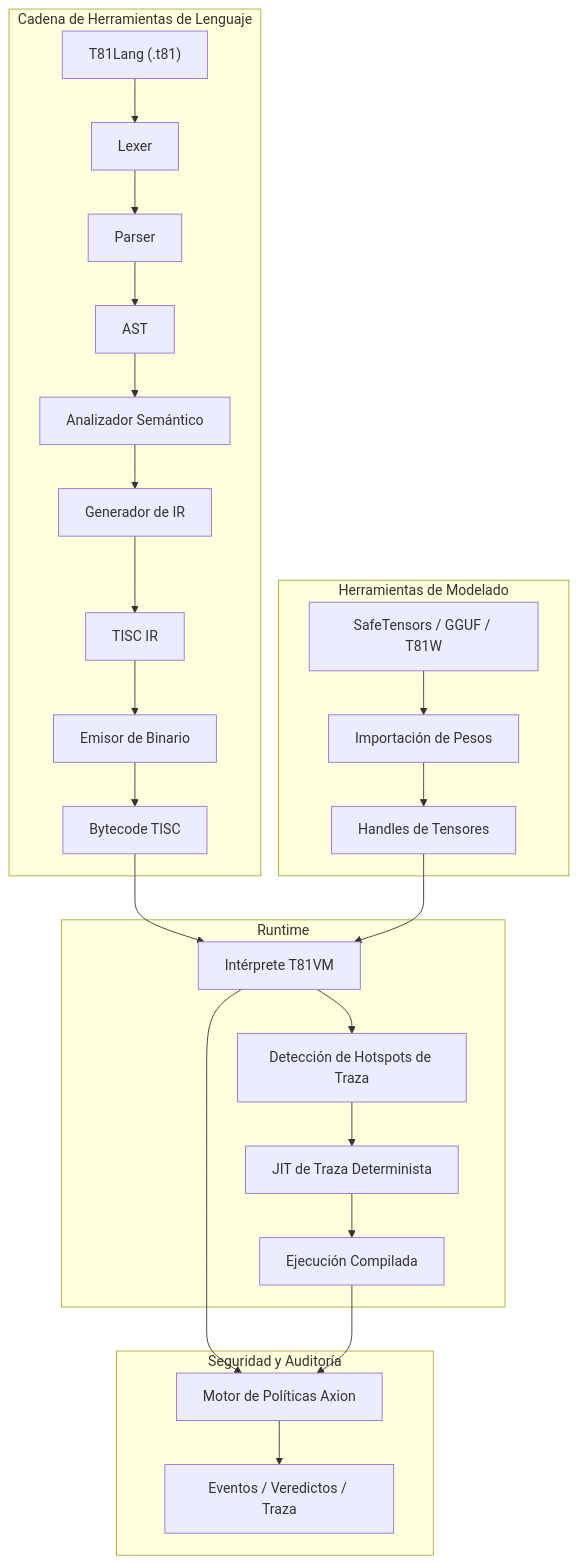
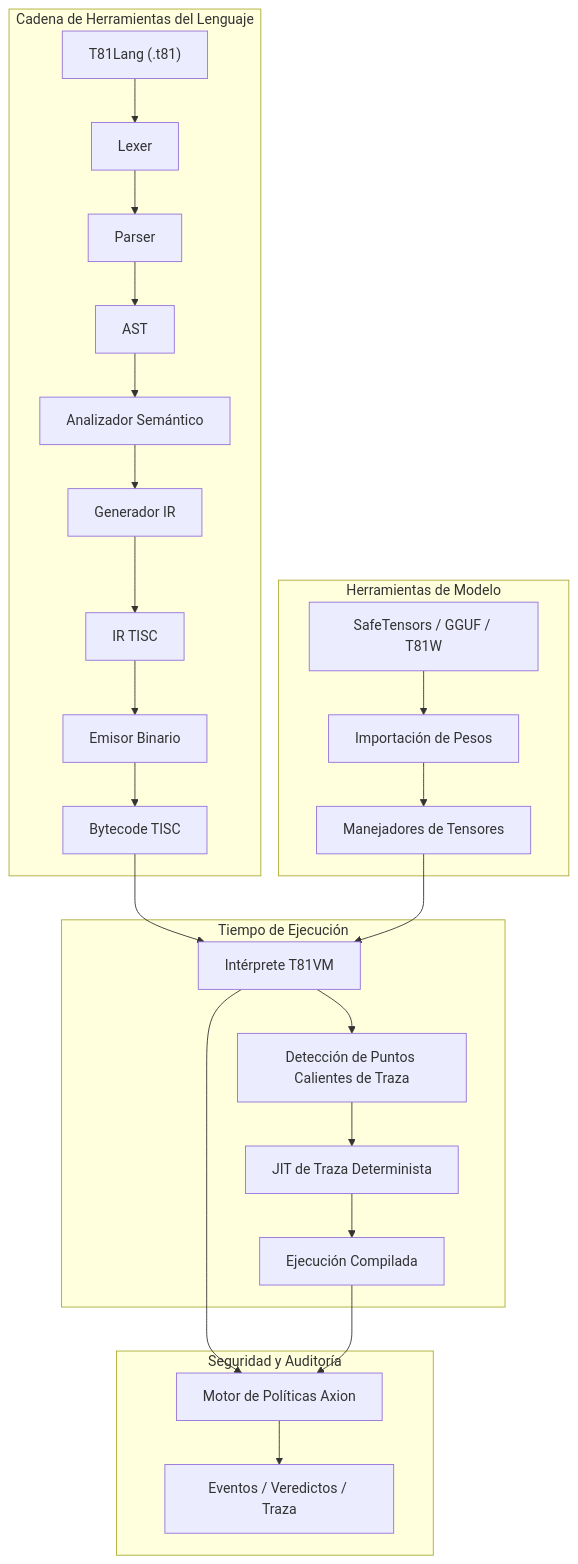
The diagram in README.es.md (ryansctt1994-sudo/t81-foundation), drawn with Mermaid before and after one commit. The commit also changed other lines of this file and 3 other files, not shown here.

````diff
--- a/README.es.md
+++ b/README.es.md
@@ -61,30 +63,29 @@
 ```mermaid
 graph TD
-    subgraph "Cadena de Herramientas de Lenguaje"
+    subgraph "Cadena de Herramientas del Lenguaje"
         A["T81Lang (.t81)"] --> B[Lexer]
         B --> C[Parser]
         C --> D[AST]
         D --> E["Analizador Semántico"]
-        E --> F["Generador de IR"]
-        F --> G["TISC IR"]
-        G --> H["Emisor de Binario"]
+        E --> F["Generador IR"]
+        F --> G["IR TISC"]
+        G --> H["Emisor Binario"]
         H --> I["Bytecode TISC"]
     end
-    subgraph "Runtime"
+    subgraph "Tiempo de Ejecución"
         I --> J["Intérprete T81VM"]
-        J --> K["Detección de Hotspots de Traza"]
+        J --> K["Detección de Puntos Calientes de Traza"]
         K --> L["JIT de Traza Determinista"]
         L --> M["Ejecución Compilada"]
     end
     subgraph "Seguridad y Auditoría"
         J --> N["Motor de Políticas Axion"]
         M --> N
         N --> O["Eventos / Veredictos / Traza"]
     end
-    subgraph "Herramientas de Modelado"
+    subgraph "Herramientas de Modelo"
         P["SafeTensors / GGUF / T81W"] --> Q["Importación de Pesos"]
-        Q --> R["Handles de Tensores"]
+        Q --> R["Manejadores de Tensores"]
         R --> J
     end
-
 ```
````
